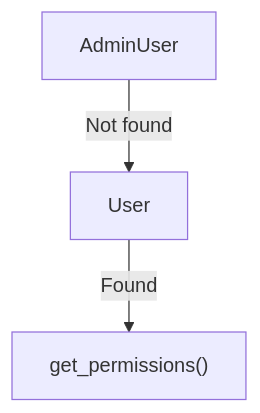
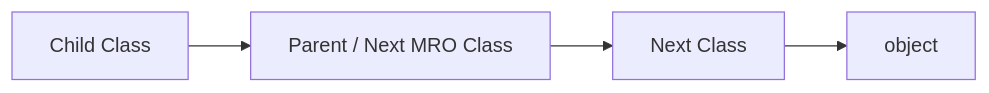
The first of 6 diagrams in src/content/python/oop-inheritance-mro-super.md (AvadhBhalodiya/Interview-Preparation), drawn with Mermaid before and after one commit. The commit also changed other lines of this file and 80 other files, not shown here.

````diff
--- a/src/content/python/oop-inheritance-mro-super.md
+++ b/src/content/python/oop-inheritance-mro-super.md
@@ -85,5 +55,6 @@
 ```mermaid
-flowchart TD
-    A[AdminUser] -->|Not found| B[User]
-    B -->|Found| C["get_permissions()"]
+flowchart LR
+    A[Child Class] --> B[Parent / Next MRO Class]
+    B --> C[Next Class]
+    C --> D[object]
 ```
````
